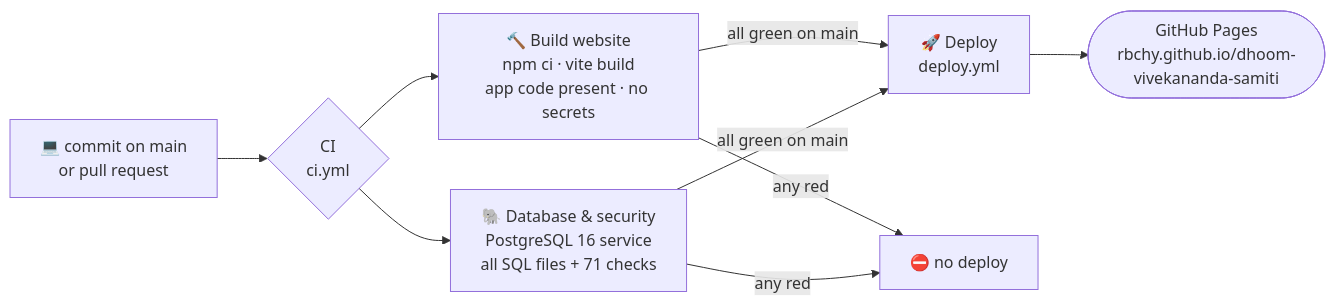
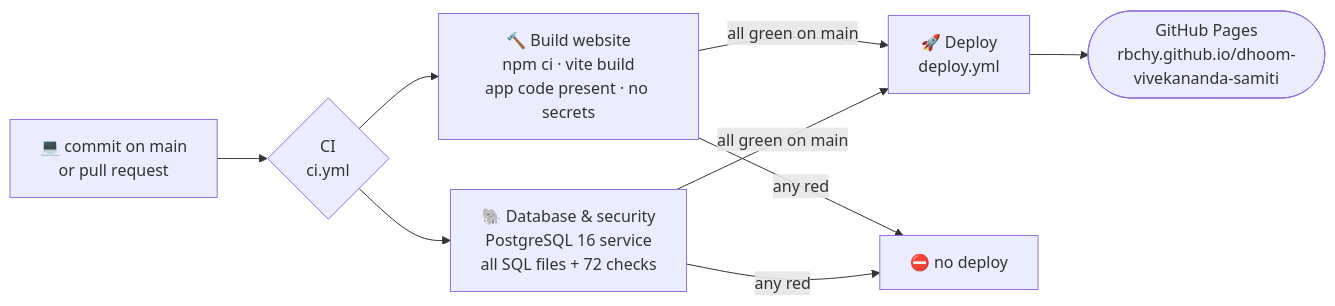
One commit to rbchy/dhoom-vivekananda-samiti changed the fifth of 6 diagrams in README.md. Above: the diagram before and after it, drawn with Mermaid. The commit also changed other lines of this file and 6 other files, not shown here.

````diff
--- a/README.md
+++ b/README.md
@@ -286,9 +286,9 @@
 ```mermaid
 flowchart LR
   DEV["💻 commit on main<br/>or pull request"] --> CI{"CI<br/>ci.yml"}
   CI --> J1["🔨 Build website<br/>npm ci · vite build<br/>app code present · no secrets"]
-  CI --> J2["🐘 Database & security<br/>PostgreSQL 16 service<br/>all SQL files + 71 checks"]
+  CI --> J2["🐘 Database & security<br/>PostgreSQL 16 service<br/>all SQL files + 72 checks"]
   J1 & J2 -->|all green on main| CD["🚀 Deploy<br/>deploy.yml"]
   CD --> PAGES(["GitHub Pages<br/>rbchy.github.io/dhoom-vivekananda-samiti"])
   J1 & J2 -->|any red| STOP["⛔ no deploy"]
 ```
````
